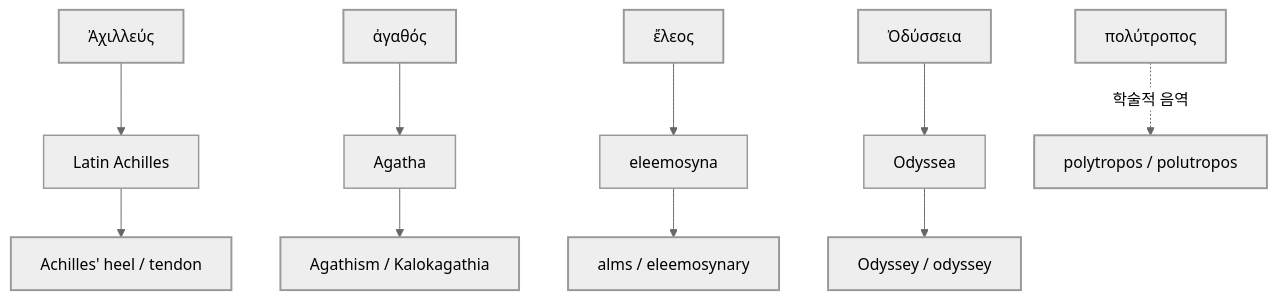
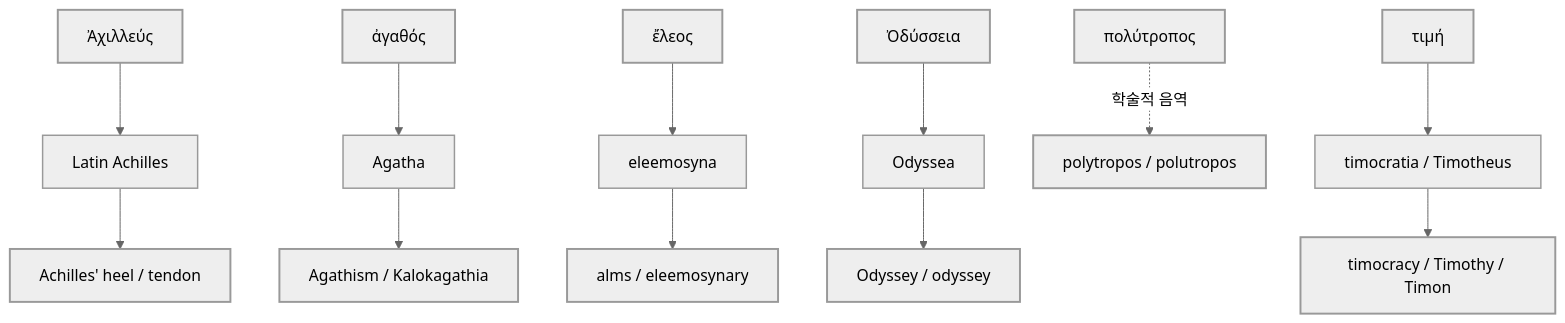
The diagram in words/index.md (YgHnSIM/Homer_wiki), drawn with Mermaid (neutral theme) before and after one commit. The commit also changed other lines of this file and 4 other files, not shown here.

````diff
--- a/words/index.md
+++ b/words/index.md
@@ -21,12 +21,13 @@
 ```mermaid
 graph TB
     classDef greek stroke-width:2px;
     classDef latin stroke-width:1.5px;
     classDef english stroke-width:2px;
 
     G1["Ἀχιλλεύς"]:::greek --> L1["Latin Achilles"]:::latin --> E1["Achilles' heel / tendon"]:::english
     G2["ἀγαθός"]:::greek --> L2["Agatha"]:::latin --> E2["Agathism / Kalokagathia"]:::english
     G3["ἔλεος"]:::greek --> L3["eleemosyna"]:::latin --> E3["alms / eleemosynary"]:::english
     G4["Ὀδύσσεια"]:::greek --> L4["Odyssea"]:::latin --> E4["Odyssey / odyssey"]:::english
     G5["πολύτροπος"]:::greek -. "학술적 음역" .-> E5["polytropos / polutropos"]:::english
+    G6["τιμή"]:::greek --> L6["timocratia / Timotheus"]:::latin --> E6["timocracy / Timothy / Timon"]:::english
 ```
````
